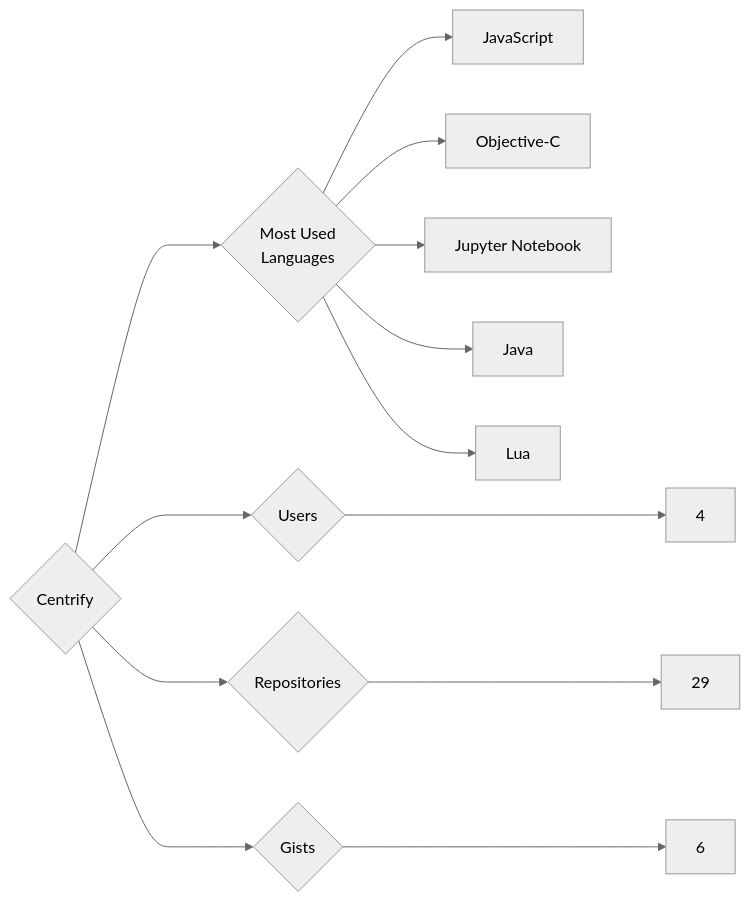
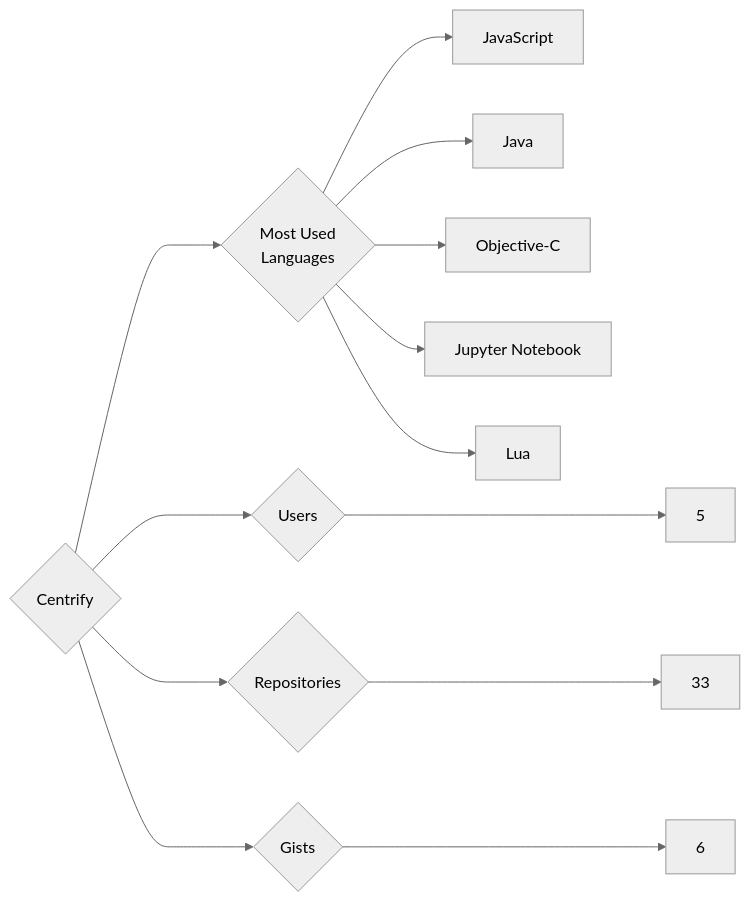
Before and after one commit to trickest/insiders: the diagram in targets/Centrify/README.md, drawn with Mermaid (neutral theme). The commit also changed 1055 other files, not shown here.

````diff
--- a/targets/Centrify/README.md
+++ b/targets/Centrify/README.md
@@ -3,13 +3,13 @@
 ```mermaid
 graph LR
 COMPANY_NAME{Centrify}
-COMPANY_NAME ---> U{Users} ---> UN[4]
-COMPANY_NAME ---> R{Repositories} ---> RN[29]
+COMPANY_NAME ---> U{Users} ---> UN[5]
+COMPANY_NAME ---> R{Repositories} ---> RN[33]
 COMPANY_NAME ---> G{Gists} ---> GN[6]
 COMPANY_NAME ---> ML{Most Used<br>Languages}
 ML --> JavaScript[JavaScript]
+ML --> Java[Java]
 ML --> Objective-C[Objective-C]
 ML --> Jupyter_Notebook[Jupyter Notebook]
-ML --> Java[Java]
 ML --> Lua[Lua]
 ```
````
